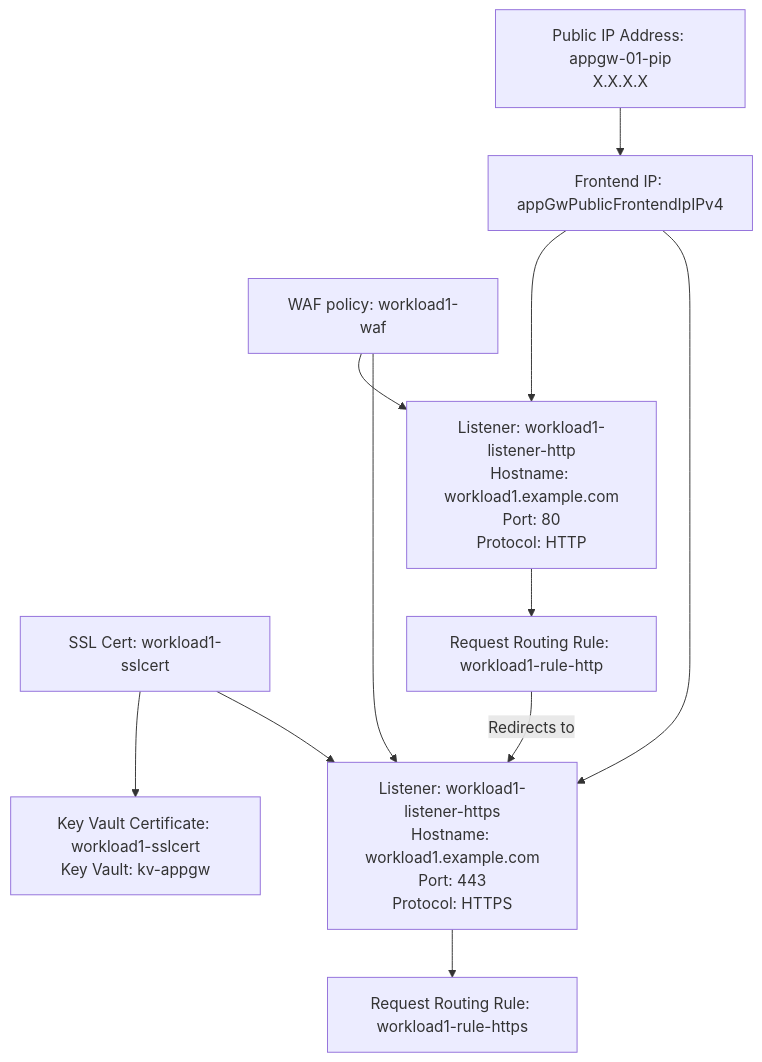
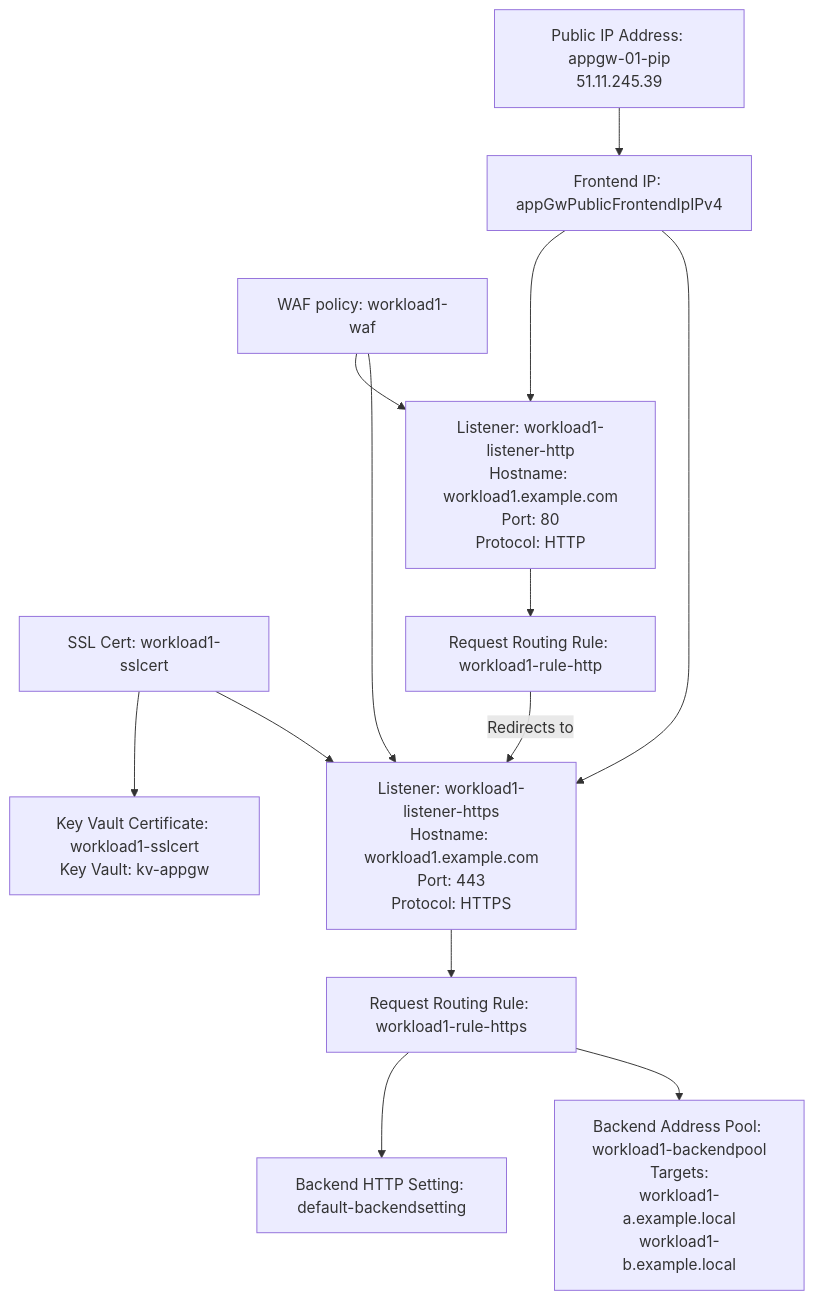
The first of 3 diagrams in README.md (MarkFarkas/AzAppGatewayVisualizer), drawn with Mermaid before and after one commit. The commit also changed other lines of this file, not shown here.

````diff
--- a/README.md
+++ b/README.md
@@ -20,16 +20,20 @@
 ```mermaid
 graph TB
   wafpolicy_workload1-waf[WAF policy: workload1-waf] --> listener_workload1-listener-https
   frontendipconfigurationappGwPublicFrontendIpIPv4[Frontend IP: appGwPublicFrontendIpIPv4] ---> listener_workload1-listener-https
   listener_workload1-listener-https[Listener: workload1-listener-https<br>Hostname: workload1.example.com<br>Port: 443<br>Protocol: HTTPS]
   sslcert_workload1-sslcert[SSL Cert: workload1-sslcert] --> listener_workload1-listener-https
   sslcert_workload1-sslcert --> keyvaultcert_workload1-sslcert[Key Vault Certificate: workload1-sslcert<br>Key Vault: kv-appgw]
   listener_workload1-listener-https --> rule_workload1-rule-https[Request Routing Rule: workload1-rule-https]
+  rule_workload1-rule-https
+  rule_workload1-rule-https --> backendaddresspool_workload1-backendpool[Backend Address Pool: workload1-backendpool<br>Targets:<br>workload1-a.example.local<br>workload1-b.example.local]
+  rule_workload1-rule-https --> backendhttpsetting_default-backendsetting[Backend HTTP Setting: default-backendsetting]
   wafpolicy_workload1-waf[WAF policy: workload1-waf] --> listener_workload1-listener-http
-  publicipaddress_appgw-01-pip[Public IP Address: appgw-01-pip<br>X.X.X.X] --> frontendipconfigurationappGwPublicFrontendIpIPv4
+  publicipaddress_appgw-01-pip[Public IP Address: appgw-01-pip<br>51.11.245.39] --> frontendipconfigurationappGwPublicFrontendIpIPv4
   frontendipconfigurationappGwPublicFrontendIpIPv4[Frontend IP: appGwPublicFrontendIpIPv4] ---> listener_workload1-listener-http
   listener_workload1-listener-http[Listener: workload1-listener-http<br>Hostname: workload1.example.com<br>Port: 80<br>Protocol: HTTP]
   listener_workload1-listener-http --> rule_workload1-rule-http[Request Routing Rule: workload1-rule-http]
   rule_workload1-rule-http -- Redirects to --> listener_workload1-listener-https
 
+
 ```
````
